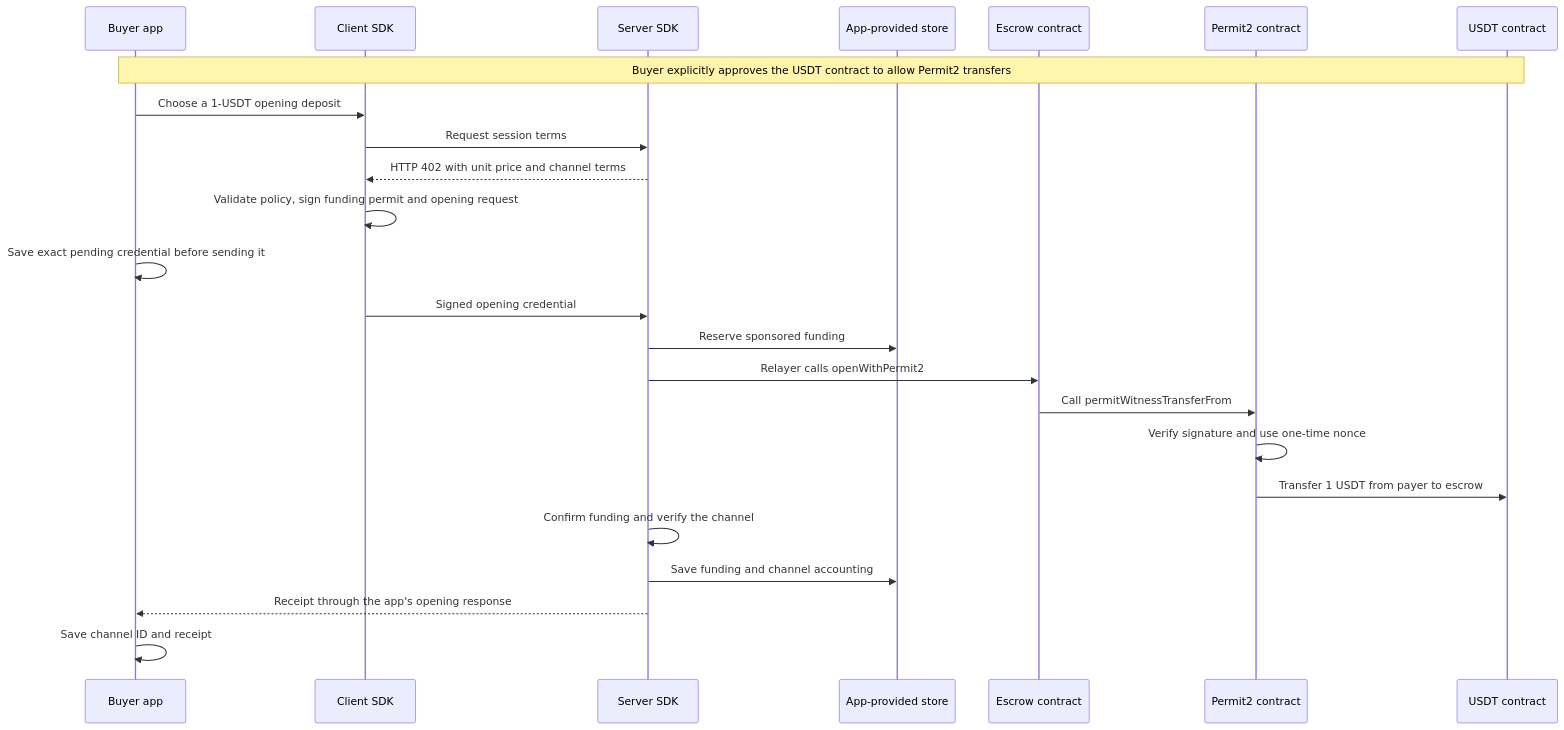
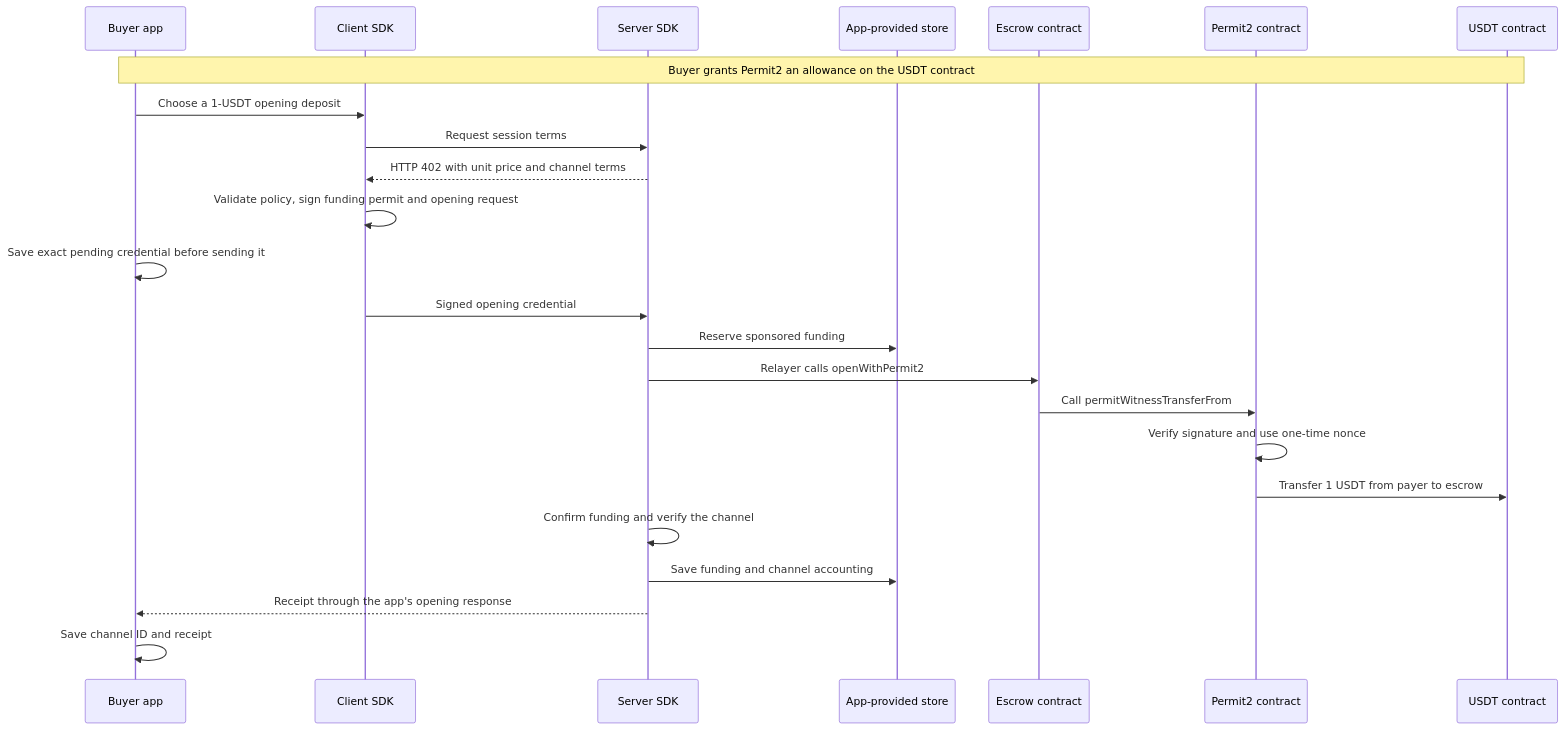
The second of 4 diagrams in README.md (aziz1975/tron-mpp-sdk), drawn with Mermaid before and after one commit. The commit also changed other lines of this file, not shown here.

````diff
--- a/README.md
+++ b/README.md
@@ -228,26 +229,26 @@
 ```mermaid
 sequenceDiagram
     participant Buyer as Buyer app
     participant Client as Client SDK
     participant Server as Server SDK
     participant Store as App-provided store
     participant Escrow as Escrow contract
     participant Permit2 as Permit2 contract
     participant Token as USDT contract
-    Note over Buyer,Token: Buyer explicitly approves the USDT contract to allow Permit2 transfers
+    Note over Buyer,Token: Buyer grants Permit2 an allowance on the USDT contract
     Buyer->>Client: Choose a 1-USDT opening deposit
     Client->>Server: Request session terms
     Server-->>Client: HTTP 402 with unit price and channel terms
     Client->>Client: Validate policy, sign funding permit and opening request
     Buyer->>Buyer: Save exact pending credential before sending it
     Client->>Server: Signed opening credential
     Server->>Store: Reserve sponsored funding
     Server->>Escrow: Relayer calls openWithPermit2
     Escrow->>Permit2: Call permitWitnessTransferFrom
     Permit2->>Permit2: Verify signature and use one-time nonce
     Permit2->>Token: Transfer 1 USDT from payer to escrow
     Server->>Server: Confirm funding and verify the channel
     Server->>Store: Save funding and channel accounting
     Server-->>Buyer: Receipt through the app's opening response
     Buyer->>Buyer: Save channel ID and receipt
 ```
````
